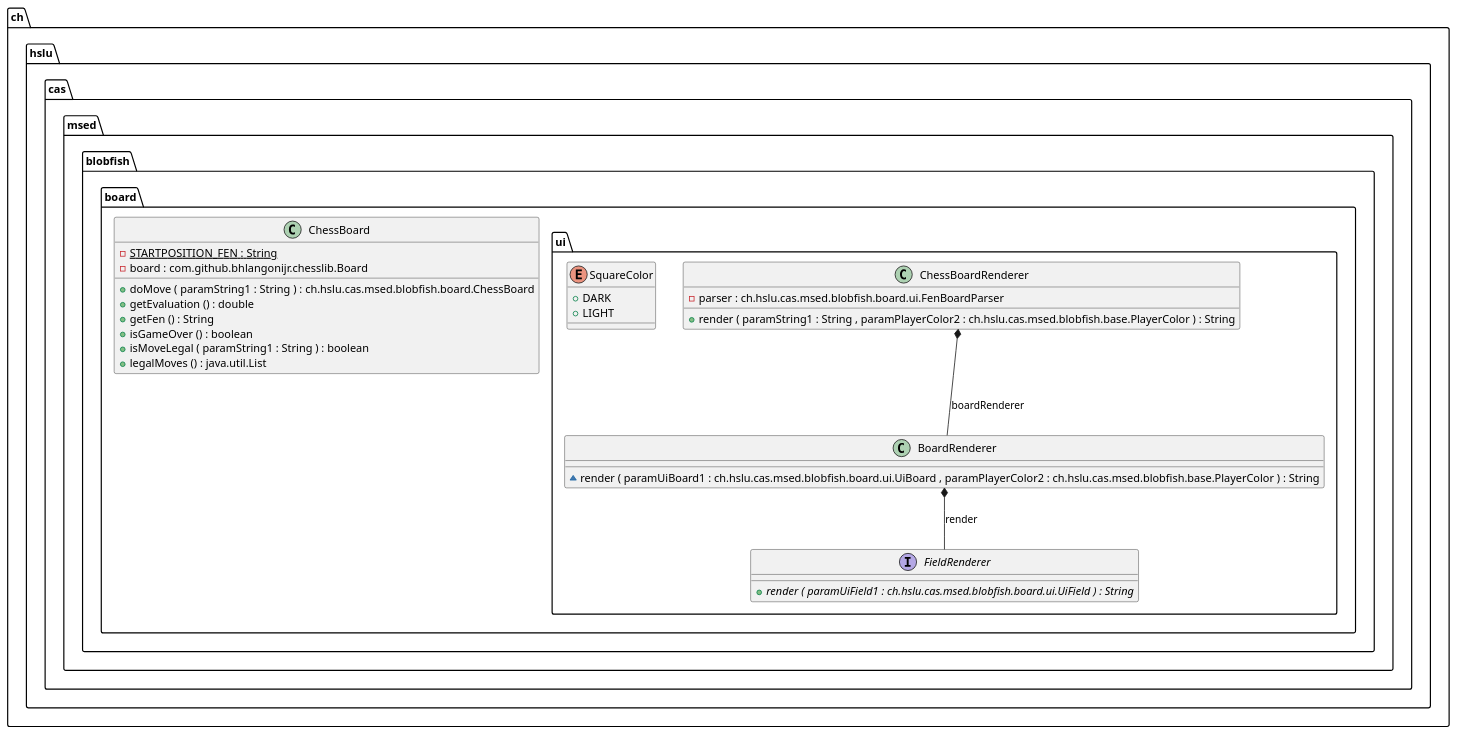
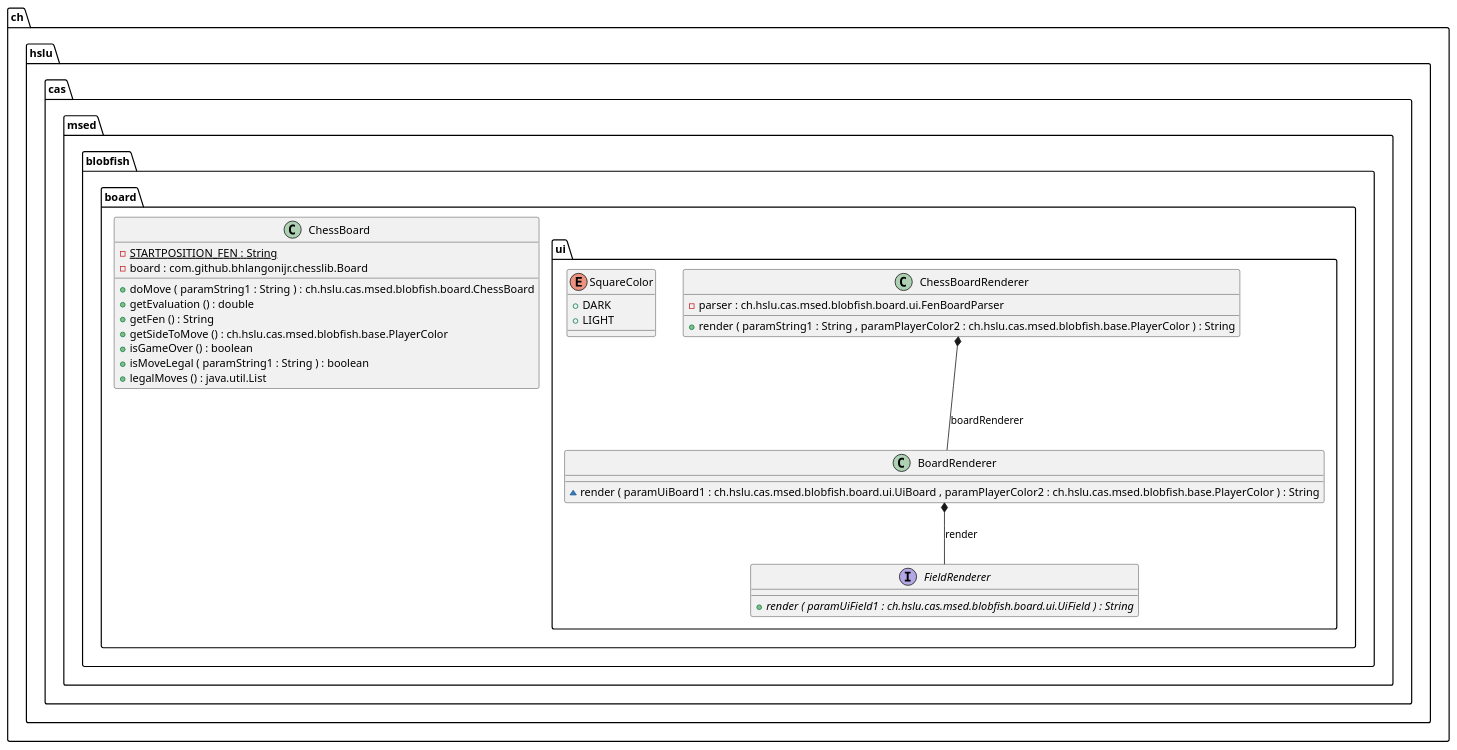
One commit to l2c0r3/blobfish changed the diagram in docs/generated-diagrams/board.puml. Above: the diagram before and after it, drawn with PlantUML. The commit also changed 3 other files, not shown here.

Commit message:
update generated UML diagrams

```diff
--- a/docs/generated-diagrams/board.puml
+++ b/docs/generated-diagrams/board.puml
@@ -1,43 +1,44 @@
 @startuml
 
 class ch.hslu.cas.msed.blobfish.board.ChessBoard {
 	{field} {static} -STARTPOSITION_FEN : String
 	{field} -board : com.github.bhlangonijr.chesslib.Board
 	{method} +doMove ( paramString1 : String ) : ch.hslu.cas.msed.blobfish.board.ChessBoard
 	{method} +getEvaluation () : double
 	{method} +getFen () : String
+	{method} +getSideToMove () : ch.hslu.cas.msed.blobfish.base.PlayerColor
 	{method} +isGameOver () : boolean
 	{method} +isMoveLegal ( paramString1 : String ) : boolean
 	{method} +legalMoves () : java.util.List
 }
 
 
 class ch.hslu.cas.msed.blobfish.board.ui.BoardRenderer {
 	{method} ~render ( paramUiBoard1 : ch.hslu.cas.msed.blobfish.board.ui.UiBoard , paramPlayerColor2 : ch.hslu.cas.msed.blobfish.base.PlayerColor ) : String
 }
 
 
 class ch.hslu.cas.msed.blobfish.board.ui.ChessBoardRenderer {
 	{field} -parser : ch.hslu.cas.msed.blobfish.board.ui.FenBoardParser
 	{method} +render ( paramString1 : String , paramPlayerColor2 : ch.hslu.cas.msed.blobfish.base.PlayerColor ) : String
 }
 
 
 interface ch.hslu.cas.msed.blobfish.board.ui.FieldRenderer {
 	{method}  {abstract} +render ( paramUiField1 : ch.hslu.cas.msed.blobfish.board.ui.UiField ) : String
 }
 
 
 enum ch.hslu.cas.msed.blobfish.board.ui.SquareColor {
 	{field} +DARK
 	{field} +LIGHT
 }
 
 
 
 
 ch.hslu.cas.msed.blobfish.board.ui.BoardRenderer *--  ch.hslu.cas.msed.blobfish.board.ui.FieldRenderer : render
 ch.hslu.cas.msed.blobfish.board.ui.ChessBoardRenderer *--  ch.hslu.cas.msed.blobfish.board.ui.BoardRenderer : boardRenderer
 
 
 @enduml
```
